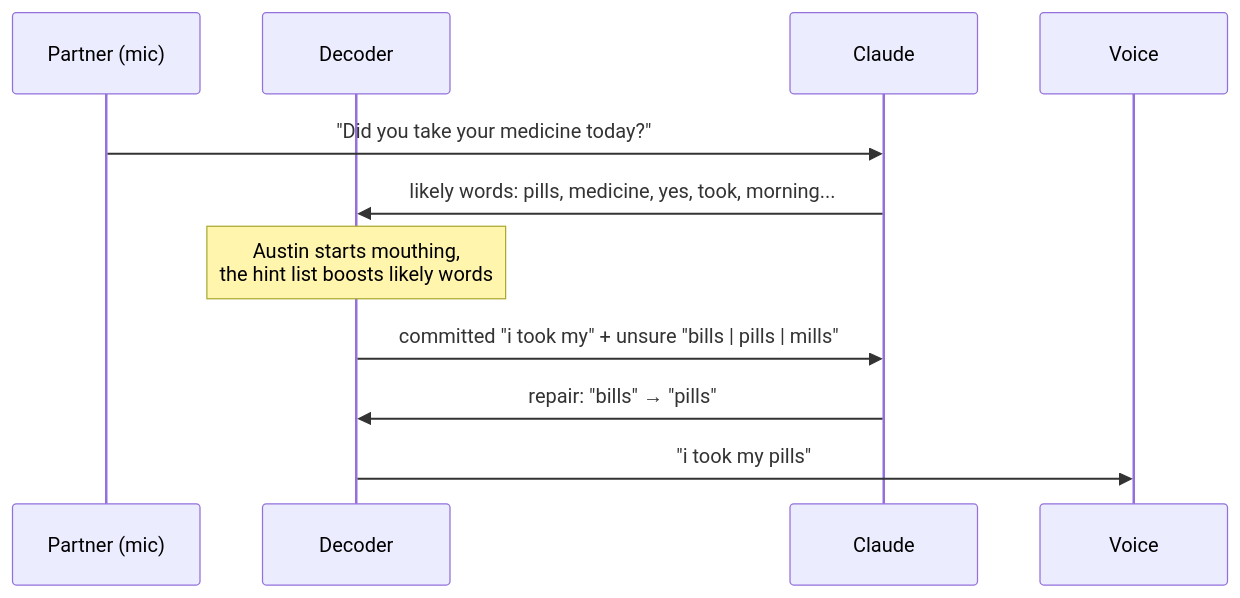
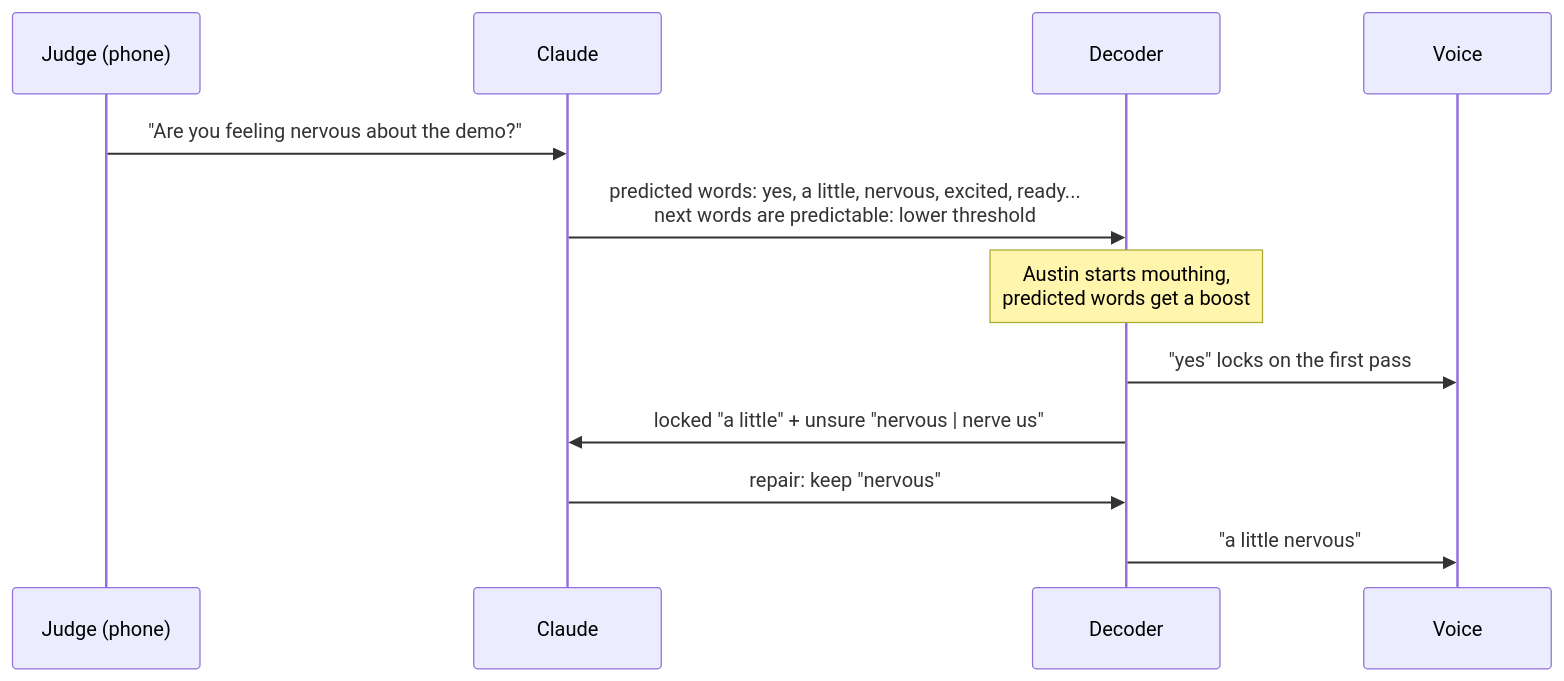
One commit to thaimtl/Reclaim changed the third of 3 diagrams in docs/ARCHITECTURE.md. Above: the diagram before and after it, drawn with Mermaid. The commit also changed other lines of this file and 17 other files, not shown here.

````diff
--- a/docs/ARCHITECTURE.md
+++ b/docs/ARCHITECTURE.md
@@ -124,13 +144,14 @@
 ```mermaid
 sequenceDiagram
-    participant P as Partner (mic)
+    participant J as Judge (phone)
+    participant C as Claude
     participant D as Decoder
-    participant C as Claude
     participant V as Voice
-    P->>C: "Did you take your medicine today?"
-    C->>D: likely words: pills, medicine, yes, took, morning...
-    Note over D: Austin starts mouthing,<br/>the hint list boosts likely words
-    D->>C: committed "i took my" + unsure "bills | pills | mills"
-    C->>D: repair: "bills" → "pills"
-    D->>V: "i took my pills"
+    J->>C: "Are you feeling nervous about the demo?"
+    C->>D: predicted words: yes, a little, nervous, excited, ready...<br/>next words are predictable: lower threshold
+    Note over D: Austin starts mouthing,<br/>predicted words get a boost
+    D->>V: "yes" locks on the first pass
+    D->>C: locked "a little" + unsure "nervous | nerve us"
+    C->>D: repair: keep "nervous"
+    D->>V: "a little nervous"
 ```
````
